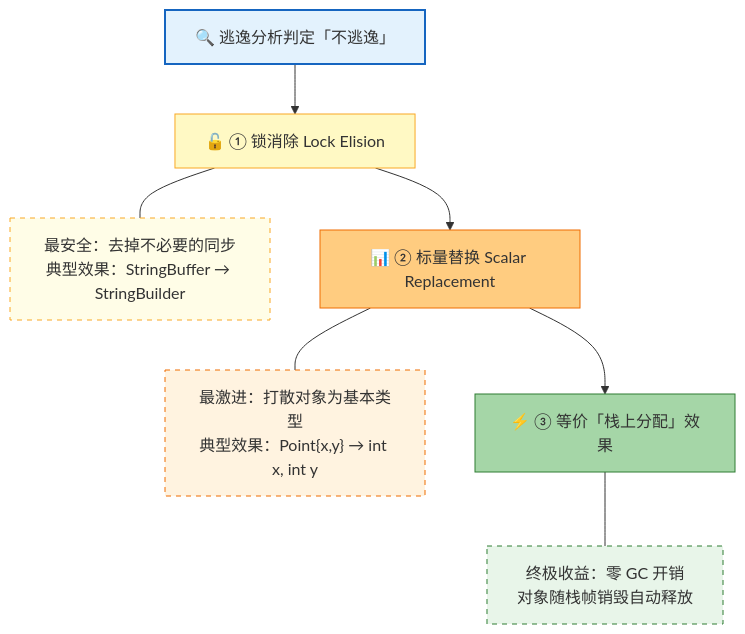
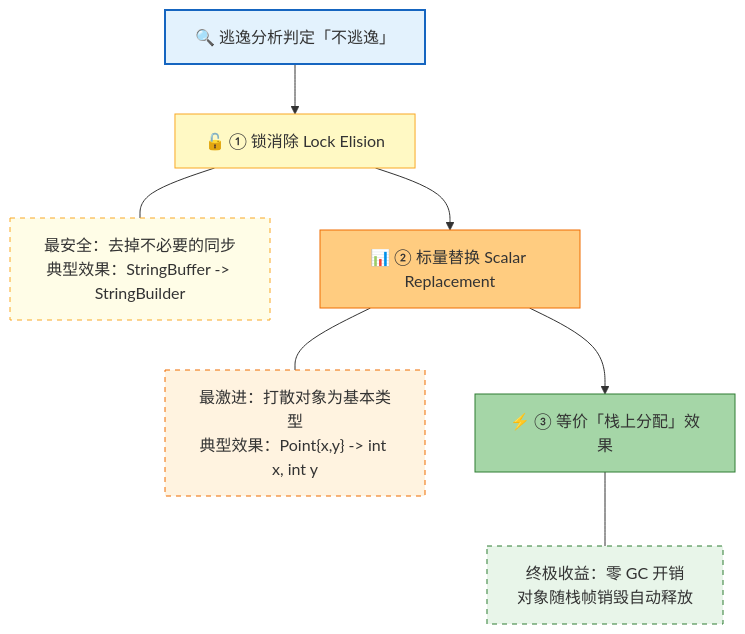
Before and after one commit to guozy502/my-tech-blog: the third of 7 diagrams in content/posts/JVM/JVM内存模型深度拆解.md, drawn with Mermaid. The commit also changed other lines of this file and 59 other files, not shown here.

Commit message:
chore(blog): 调整图片

````diff
--- a/content/posts/JVM/JVM内存模型深度拆解.md
+++ b/content/posts/JVM/JVM内存模型深度拆解.md
@@ -106,29 +106,29 @@
 ```mermaid
 flowchart TD
     START["🔍 逃逸分析判定「不逃逸」"] --> O1
     
     O1["🔓 ① 锁消除 Lock Elision"]
-    O1_D["最安全：去掉不必要的同步\n典型效果：StringBuffer → StringBuilder"]
+    O1_D["最安全：去掉不必要的同步\n典型效果：StringBuffer -> StringBuilder"]
     
     O1 --> O2
     
     O2["📊 ② 标量替换 Scalar Replacement"]
-    O2_D["最激进：打散对象为基本类型\n典型效果：Point{x,y} → int x, int y"]
+    O2_D["最激进：打散对象为基本类型\n典型效果：Point{x,y} -> int x, int y"]
     
     O2 --> O3
     
     O3["⚡ ③ 等价「栈上分配」效果"]
     O3_D["终极收益：零 GC 开销\n对象随栈帧销毁自动释放"]
     
     O1 --- O1_D
     O2 --- O2_D
     O3 --- O3_D
     
     style START fill:#e3f2fd,stroke:#1565c0,stroke-width:2px
     style O1 fill:#fff9c4,stroke:#f9a825
     style O2 fill:#ffcc80,stroke:#ef6c00
     style O3 fill:#a5d6a7,stroke:#2e7d32
     style O1_D fill:#fffde7,stroke:#f9a825,stroke-dasharray: 5 5
     style O2_D fill:#fff3e0,stroke:#ef6c00,stroke-dasharray: 5 5
     style O3_D fill:#e8f5e9,stroke:#2e7d32,stroke-dasharray: 5 5
 ```
````
